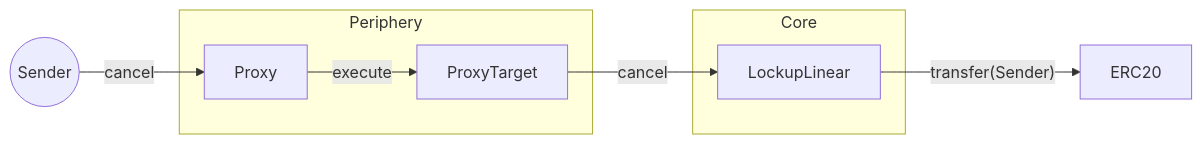
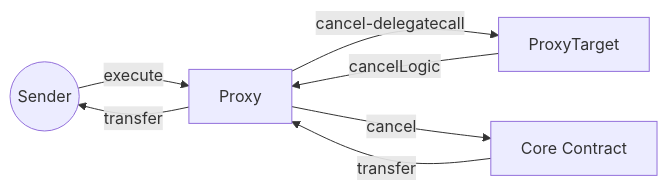
Before and after one commit to sablier-labs/docs: the seventh of 8 diagrams in docs/contracts/v2/reference/02-diagrams.md, drawn with Mermaid. The commit also changed other lines of this file, not shown here.

Commit message:
perf: improve illustrations of lockup action diagrams

````diff
--- a/docs/contracts/v2/reference/02-diagrams.md
+++ b/docs/contracts/v2/reference/02-diagrams.md
@@ -159,16 +157,14 @@
 ```mermaid
 flowchart LR
   S((Sender))
-  subgraph Periphery
-    P[Proxy]
-    PT[ProxyTarget]
-  end
-  subgraph Core
-    LL[LockupLinear]
-  end
-  E[ERC20]
-  S -- "cancel" --> P
-  P -- "execute" --> PT
-  PT -- "cancel" --> LL
-  LL -- "transfer(Sender)" --> E
+  P[Proxy]
+  PT[ProxyTarget]
+  CC[Core Contract]
+
+  S -- "execute" --> P
+  P -- "cancel-delegatecall" --> PT
+  PT -- "cancelLogic" --> P
+  P -- "cancel" --> CC
+  CC -- "transfer" --> P
+  P -- "transfer" --> S
 ```
````
